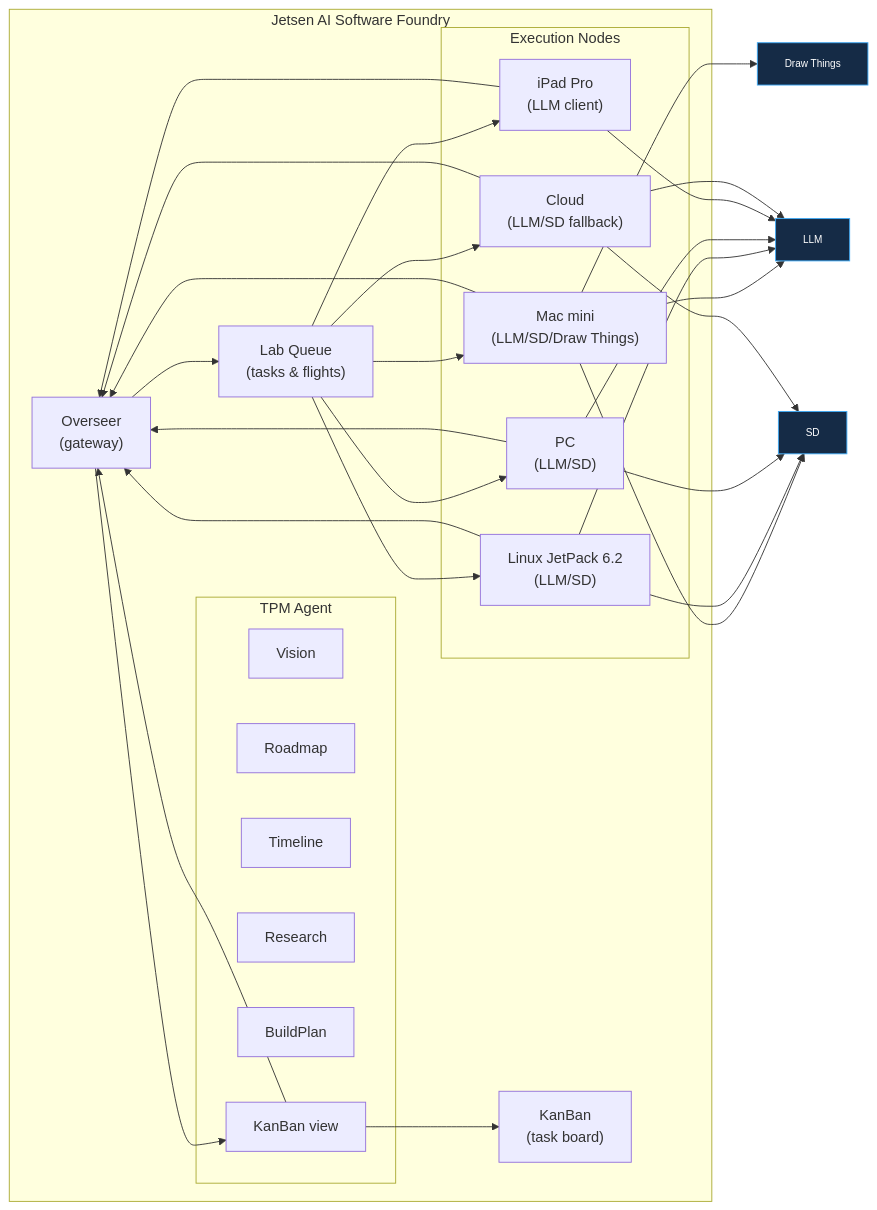
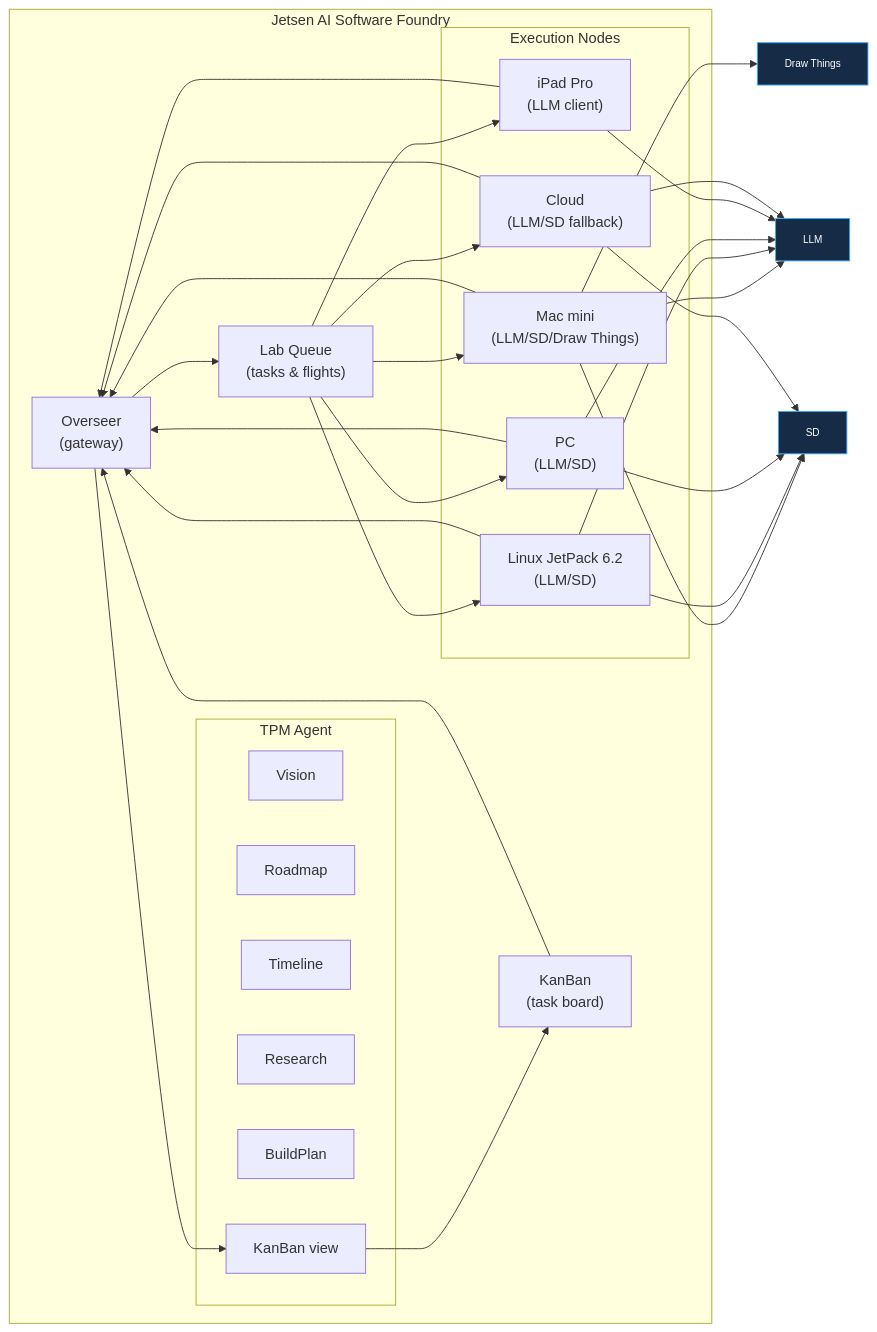
One commit to JessJetsen/JetsenAiSoftwareFoundry changed the diagram in README.md. Above: the diagram before and after it, drawn with Mermaid.

Commit message:
Fix diagram flow from KBT to O in README

````diff
--- a/README.md
+++ b/README.md
@@ -7,62 +7,62 @@
 ```mermaid
 flowchart LR
     subgraph Lab["Jetsen AI Software Foundry"]
         O["Overseer\n(gateway)"]
         KB["KanBan\n(task board)"]
         Q["Lab Queue\n(tasks & flights)"]
 
         %% TPM side (separate)
         subgraph TPM["TPM Agent"]
             V["Vision"]
             R["Roadmap"]
             T["Timeline"]
             RS["Research"]
             BP["BuildPlan"]
             KBT["KanBan view"]
         end
 
         KBT --> KB
-        KBT --> O
+        KB --> O
         O --> Q
 
         subgraph Nodes["Execution Nodes"]
             MM["Mac mini\n(LLM/SD/Draw Things)"]
             LX["Linux JetPack 6.2\n(LLM/SD)"]
             PC["PC\n(LLM/SD)"]
             IP["iPad Pro\n(LLM client)"]
             CL["Cloud\n(LLM/SD fallback)"]
         end
 
         Q --> MM
         Q --> LX
         Q --> PC
         Q --> IP
         Q --> CL
 
         MM --> O
         LX --> O
         PC --> O
         IP --> O
         CL --> O
 
         O --> KBT
     end
 
     %% Capability bubbles
     classDef cap fill:#152b46,stroke:#3da9f5,color:#fff,font-size:11px;
     capLLM["LLM"]:::cap
     capSD["SD"]:::cap
     capDT["Draw Things"]:::cap
 
     MM --> capLLM
     MM --> capSD
     MM --> capDT
     LX --> capLLM
     LX --> capSD
     PC --> capLLM
     PC --> capSD
     IP --> capLLM
     CL --> capLLM
     CL --> capSD
 
 ```
````
